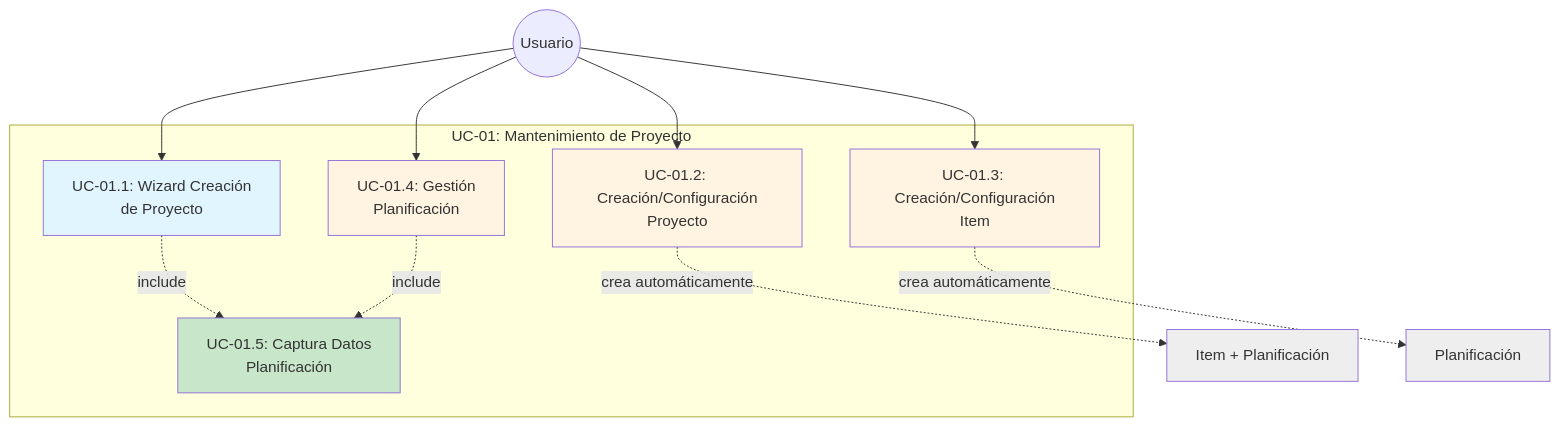
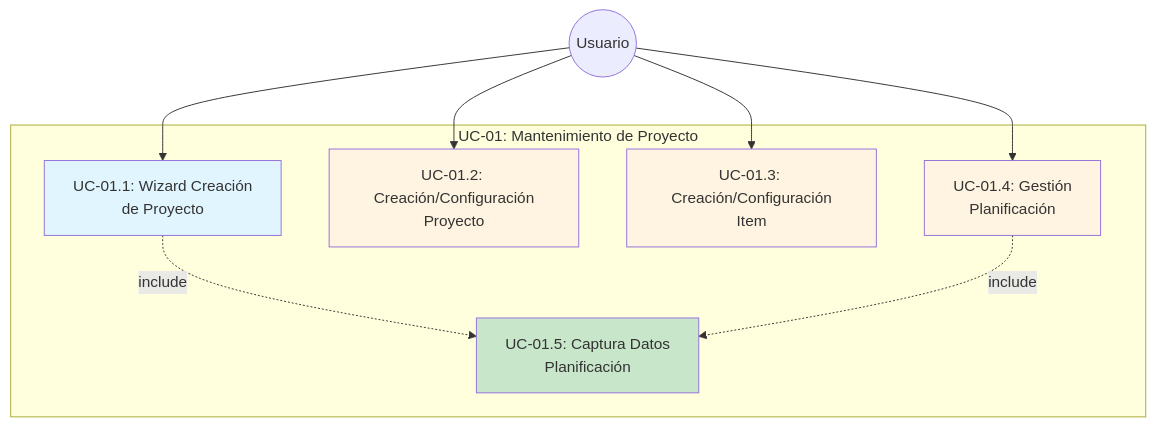
The first of 2 diagrams in docs/casos-uso/UC-01-mantenimiento-proyecto.md (serpegon11710-byte/Planificacion_2.0), drawn with Mermaid before and after one commit. The commit also changed other lines of this file and 6 other files, not shown here.

First line of the commit message:
Implementacion de diagramas de los casos de uso UC-01.*

````diff
--- a/docs/casos-uso/UC-01-mantenimiento-proyecto.md
+++ b/docs/casos-uso/UC-01-mantenimiento-proyecto.md
@@ -18,30 +18,26 @@
 ```mermaid
 graph TB
     Usuario((Usuario))
     
     subgraph UC-01: Mantenimiento de Proyecto
         UC11[UC-01.1: Wizard Creación<br/>de Proyecto]
         UC12[UC-01.2: Creación/Configuración<br/>Proyecto]
         UC13[UC-01.3: Creación/Configuración<br/>Item]
         UC14[UC-01.4: Gestión<br/>Planificación]
         UC15[UC-01.5: Captura Datos<br/>Planificación]
     end
     
     Usuario --> UC11
     Usuario --> UC12
     Usuario --> UC13
     Usuario --> UC14
     
     UC11 -.include.-> UC15
     UC14 -.include.-> UC15
-    UC12 -.crea automáticamente.-> Item[Item + Planificación]
-    UC13 -.crea automáticamente.-> Planif[Planificación]
     
     style UC11 fill:#e1f5ff
     style UC12 fill:#fff4e1
     style UC13 fill:#fff4e1
     style UC14 fill:#fff4e1
     style UC15 fill:#c8e6c9
-    style Item fill:#eeeeee
-    style Planif fill:#eeeeee
 ```
````
